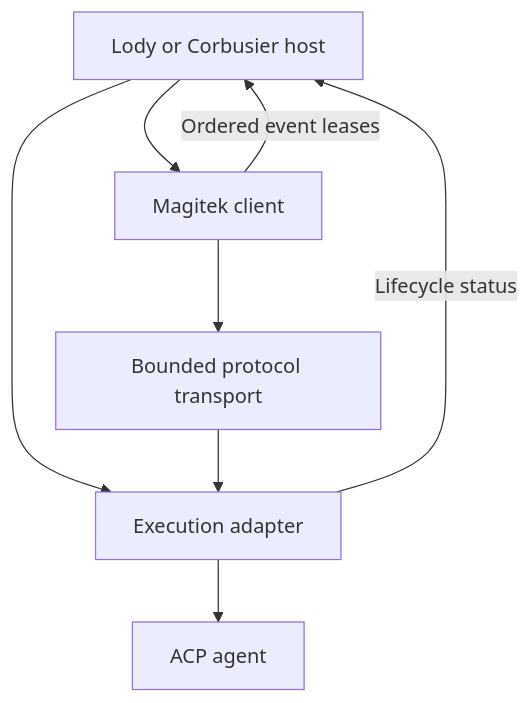
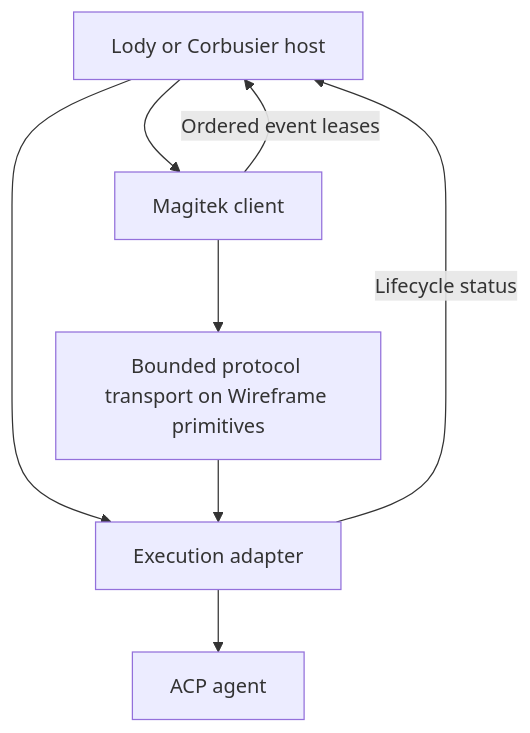
The first of 3 diagrams in docs/magitek-design.md (leynos/magitek), drawn with Mermaid before and after one commit. The commit also changed other lines of this file and 8 other files, not shown here.

````diff
--- a/docs/magitek-design.md
+++ b/docs/magitek-design.md
@@ -184,10 +259,10 @@
 ```mermaid
 flowchart TB
     Host["Lody or Corbusier host"] --> Client["Magitek client"]
     Host --> Adapter["Execution adapter"]
-    Client --> Transport["Bounded protocol transport"]
+    Client --> Transport["Bounded protocol transport on Wireframe primitives"]
     Transport --> Adapter
     Adapter --> Agent["ACP agent"]
     Adapter -->|Lifecycle status| Host
     Client -->|Ordered event leases| Host
 ```
````
